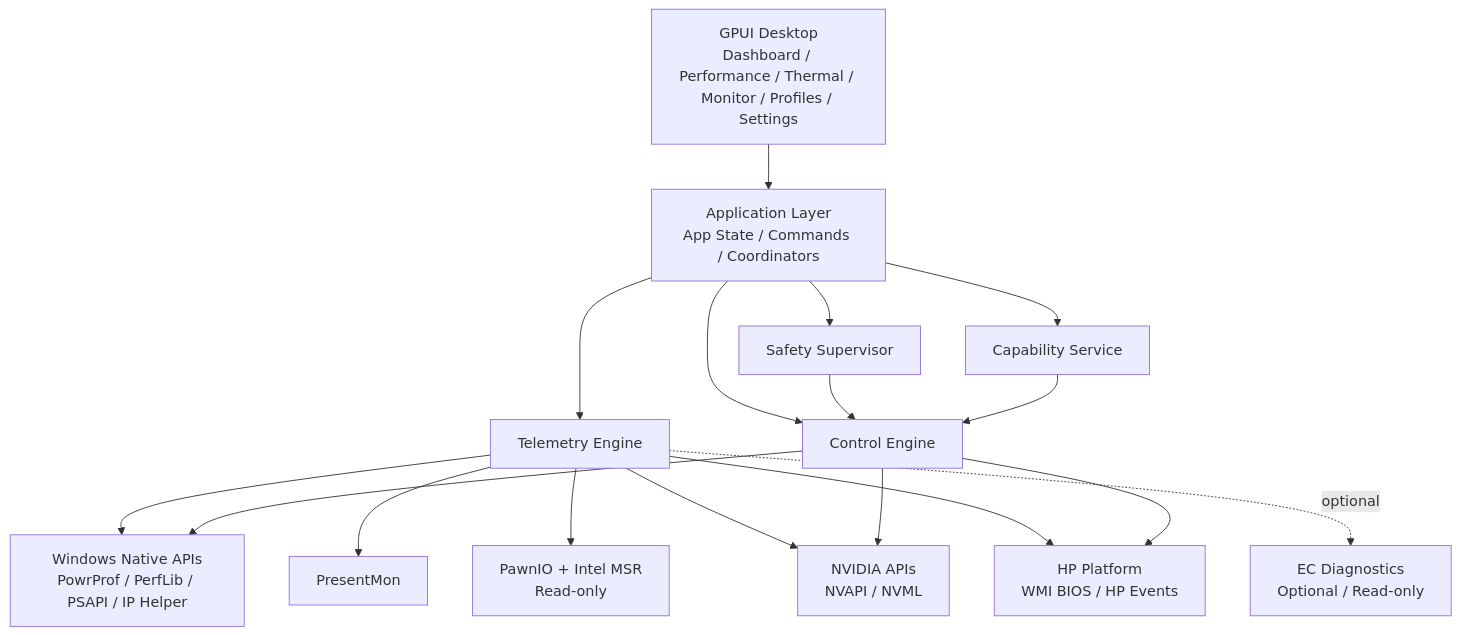
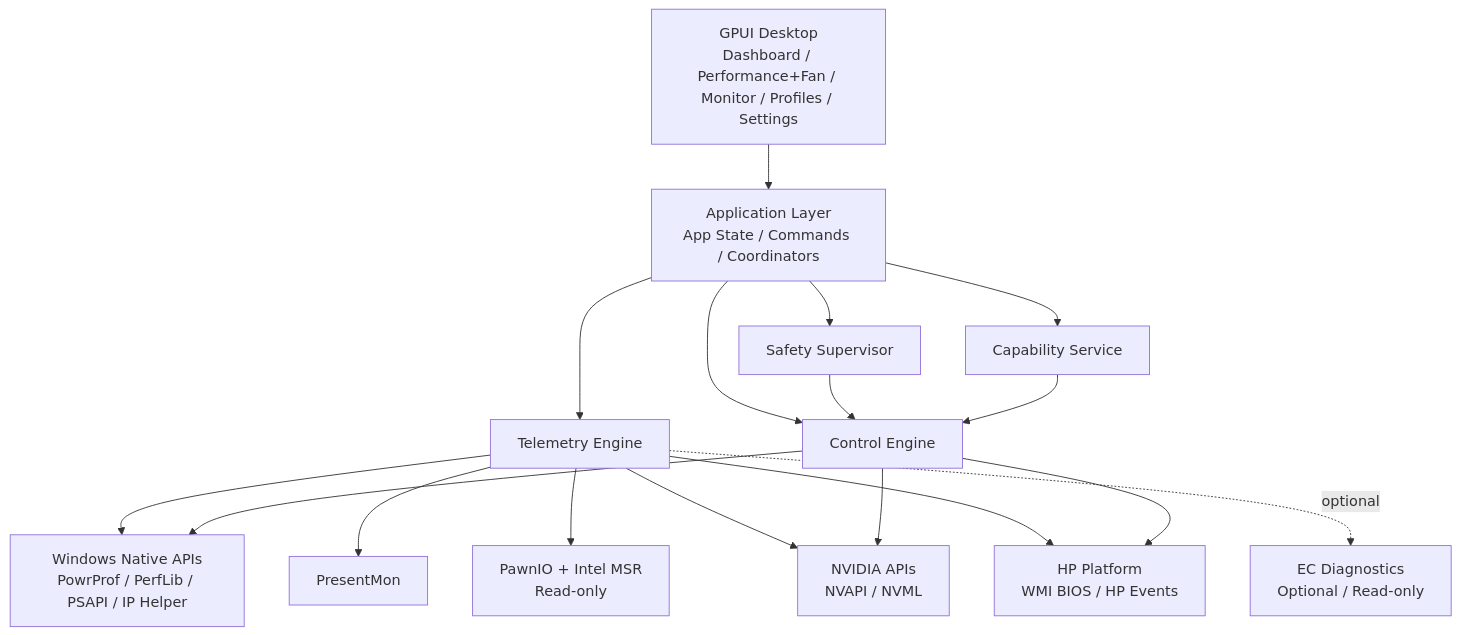
The first of 4 diagrams in architecture.md (shihuaidexianyu/phelper), drawn with Mermaid before and after one commit. The commit also changed other lines of this file and 54 other files, not shown here.

````diff
--- a/architecture.md
+++ b/architecture.md
@@ -332,35 +336,35 @@
 ```mermaid
 flowchart TB
-    UI["GPUI Desktop<br/>Dashboard / Performance / Thermal / Monitor / Profiles / Settings"]
+    UI["GPUI Desktop<br/>Dashboard / Performance+Fan / Monitor / Profiles / Settings"]
     APP["Application Layer<br/>App State / Commands / Coordinators"]
     TELE["Telemetry Engine"]
     CTRL["Control Engine"]
     SAFE["Safety Supervisor"]
     CAP["Capability Service"]
 
     WIN["Windows Native APIs<br/>PowrProf / PerfLib / PSAPI / IP Helper"]
     PM["PresentMon"]
     PAWN["PawnIO + Intel MSR<br/>Read-only"]
     NV["NVIDIA APIs<br/>NVAPI / NVML"]
     HP["HP Platform<br/>WMI BIOS / HP Events"]
     EC["EC Diagnostics<br/>Optional / Read-only"]
 
     UI --> APP
     APP --> TELE
     APP --> CTRL
     APP --> SAFE
     APP --> CAP
 
     TELE --> WIN
     TELE --> PM
     TELE --> PAWN
     TELE --> NV
     TELE --> HP
     TELE -. optional .-> EC
 
     CTRL --> WIN
     CTRL --> NV
     CTRL --> HP
     SAFE --> CTRL
     CAP --> CTRL
 ```
````
